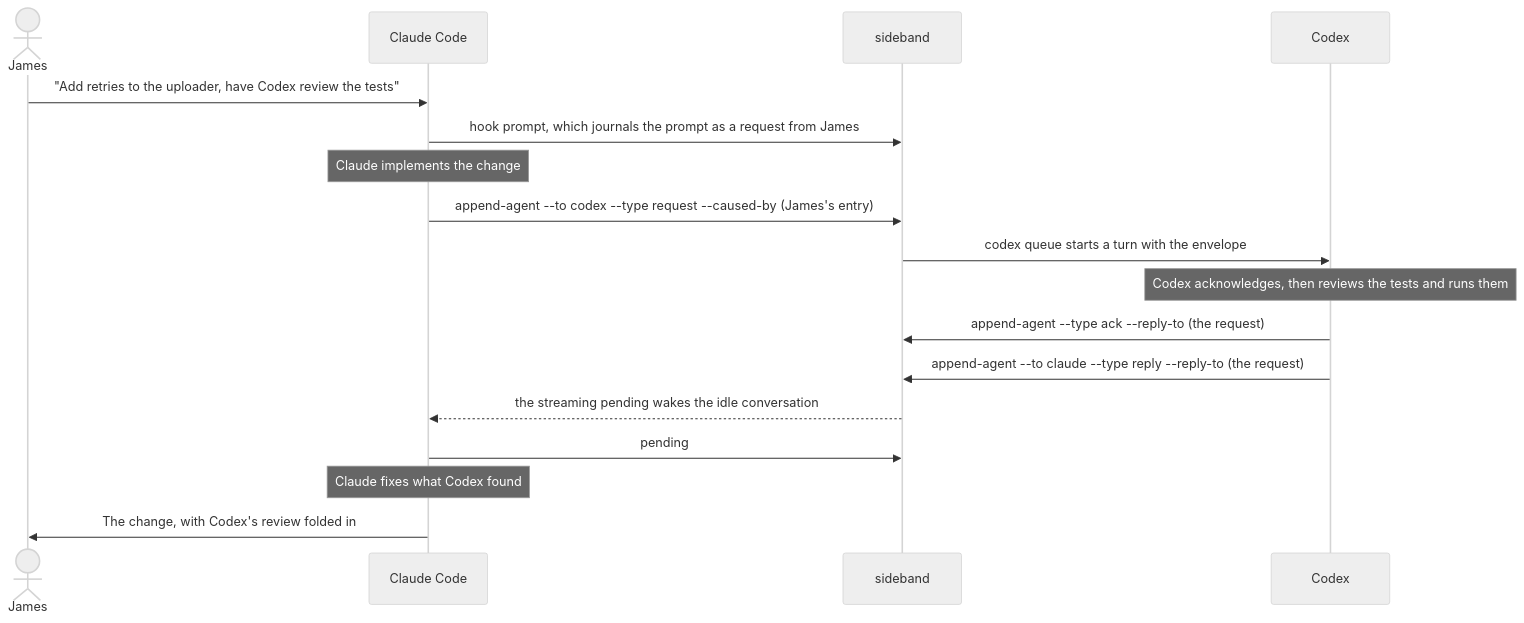
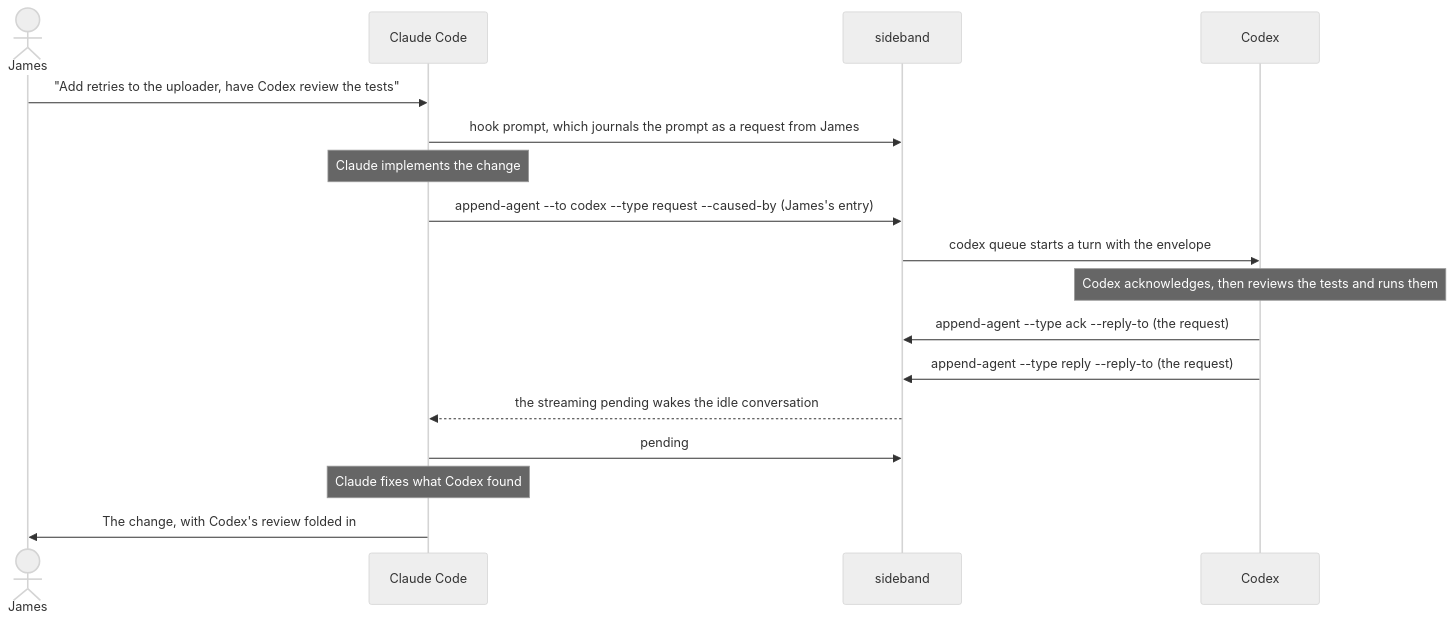
Before and after one commit to moltenbits/sideband: the second of 3 diagrams in README.md, drawn with Mermaid (neutral theme). The commit also changed 4 other files, not shown here.

````diff
--- a/README.md
+++ b/README.md
@@ -112,20 +112,20 @@
 ```mermaid
 sequenceDiagram
     actor James
     participant Claude as Claude Code
     participant SB as sideband
     participant Codex
 
     James->>Claude: "Add retries to the uploader, have Codex review the tests"
     Claude->>SB: hook prompt, which journals the prompt as a request from James
     Note over Claude: Claude implements the change
     Claude->>SB: append-agent --to codex --type request --caused-by (James's entry)
     SB->>Codex: codex queue starts a turn with the envelope
     Note over Codex: Codex acknowledges, then reviews the tests and runs them
     Codex->>SB: append-agent --type ack --reply-to (the request)
-    Codex->>SB: append-agent --to claude --type reply --reply-to (the request)
+    Codex->>SB: append-agent --type reply --reply-to (the request)
     SB-->>Claude: the streaming pending wakes the idle conversation
     Claude->>SB: pending
     Note over Claude: Claude fixes what Codex found
     Claude->>James: The change, with Codex's review folded in
 ```
````
